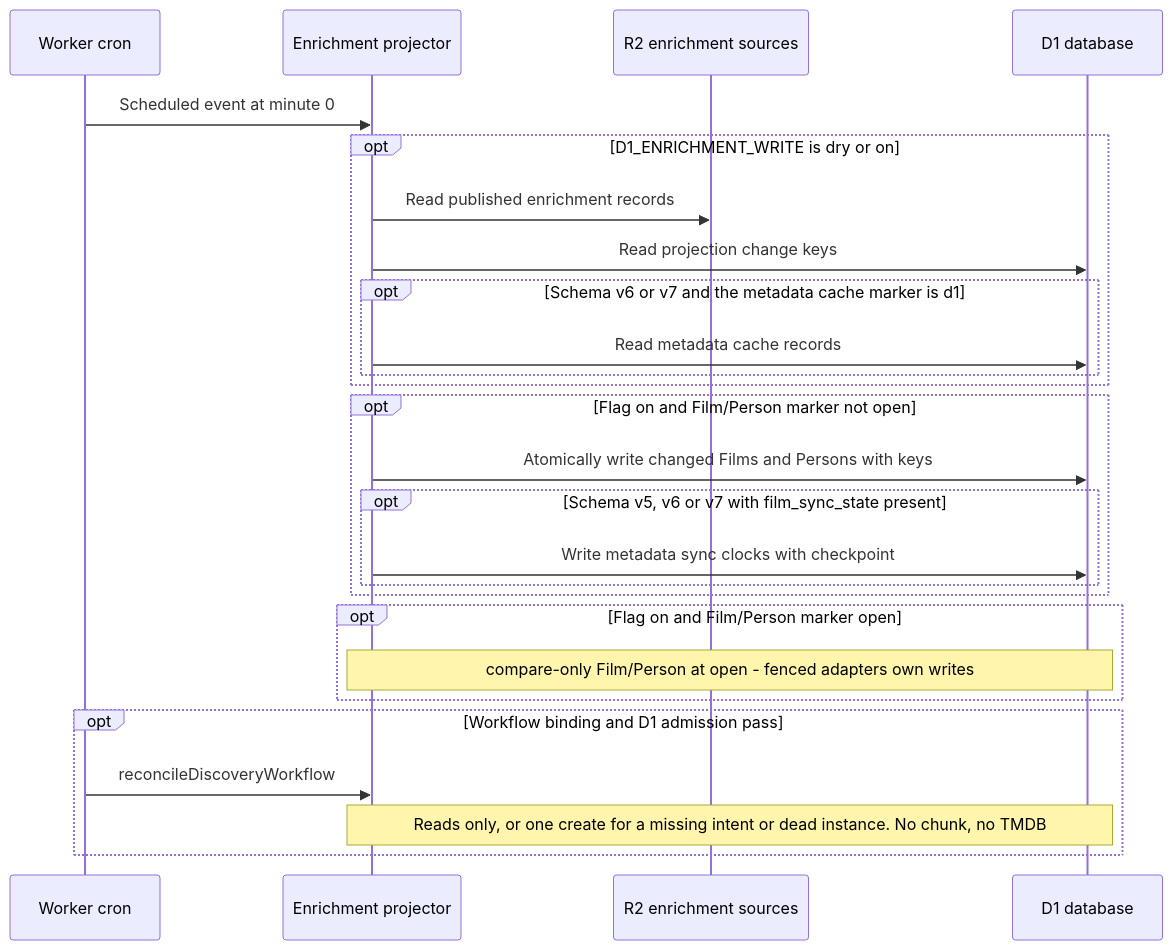
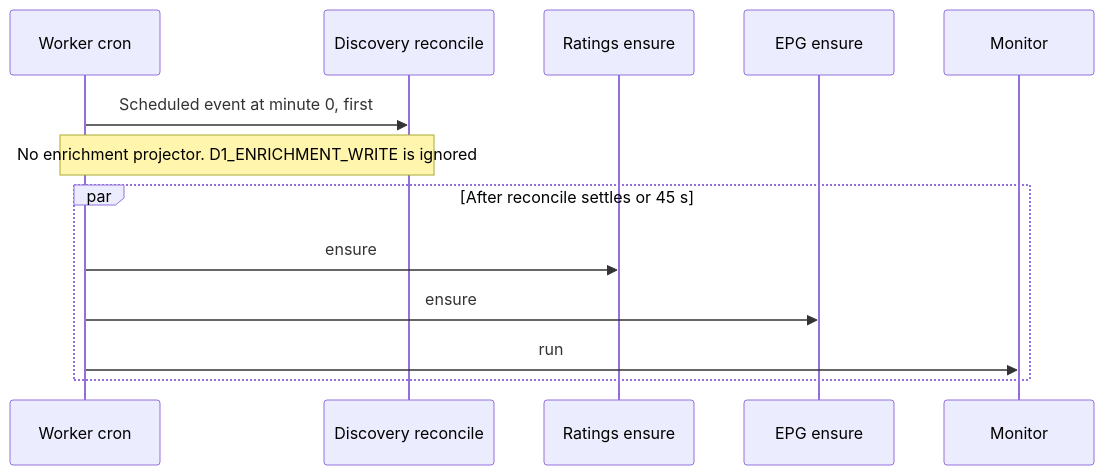
Before and after one commit to vladimino/iptv-watchlist: the fifth of 12 diagrams in docs/architecture/scheduling-and-orchestration.md, drawn with Mermaid. The commit also changed other lines of this file and 17 other files, not shown here.

First line of the commit message:
Retire the hourly enrichment projector and ignore D1_ENRICHMENT_WRITE.

````diff
--- a/docs/architecture/scheduling-and-orchestration.md
+++ b/docs/architecture/scheduling-and-orchestration.md
@@ -150,28 +150,15 @@
 ```mermaid
 sequenceDiagram
     participant Cron as Worker cron
-    participant Worker as Enrichment projector
-    participant R2 as R2 enrichment sources
-    participant D1 as D1 database
-    Cron->>Worker: Scheduled event at minute 0
-    opt D1_ENRICHMENT_WRITE is dry or on
-        Worker->>R2: Read published enrichment records
-        Worker->>D1: Read projection change keys
-        opt Schema v6 or v7 and the metadata cache marker is d1
-            Worker->>D1: Read metadata cache records
-        end
-    end
-    opt Flag on and Film/Person marker not open
-        Worker->>D1: Atomically write changed Films and Persons with keys
-        opt Schema v5, v6 or v7 with film_sync_state present
-            Worker->>D1: Write metadata sync clocks with checkpoint
-        end
-    end
-    opt Flag on and Film/Person marker open
-        Note over Worker,D1: compare-only Film/Person at open - fenced adapters own writes
-    end
-    opt Workflow binding and D1 admission pass
-        Cron->>Worker: reconcileDiscoveryWorkflow
-        Note over Worker,D1: Reads only, or one create for a missing intent or dead instance. No chunk, no TMDB
+    participant Discovery as Discovery reconcile
+    participant Ratings as Ratings ensure
+    participant Epg as EPG ensure
+    participant Monitor as Monitor
+    Cron->>Discovery: Scheduled event at minute 0, first
+    Note over Cron,Discovery: No enrichment projector. D1_ENRICHMENT_WRITE is ignored
+    par After reconcile settles or 45 s
+        Cron->>Ratings: ensure
+        Cron->>Epg: ensure
+        Cron->>Monitor: run
     end
 ```
````
